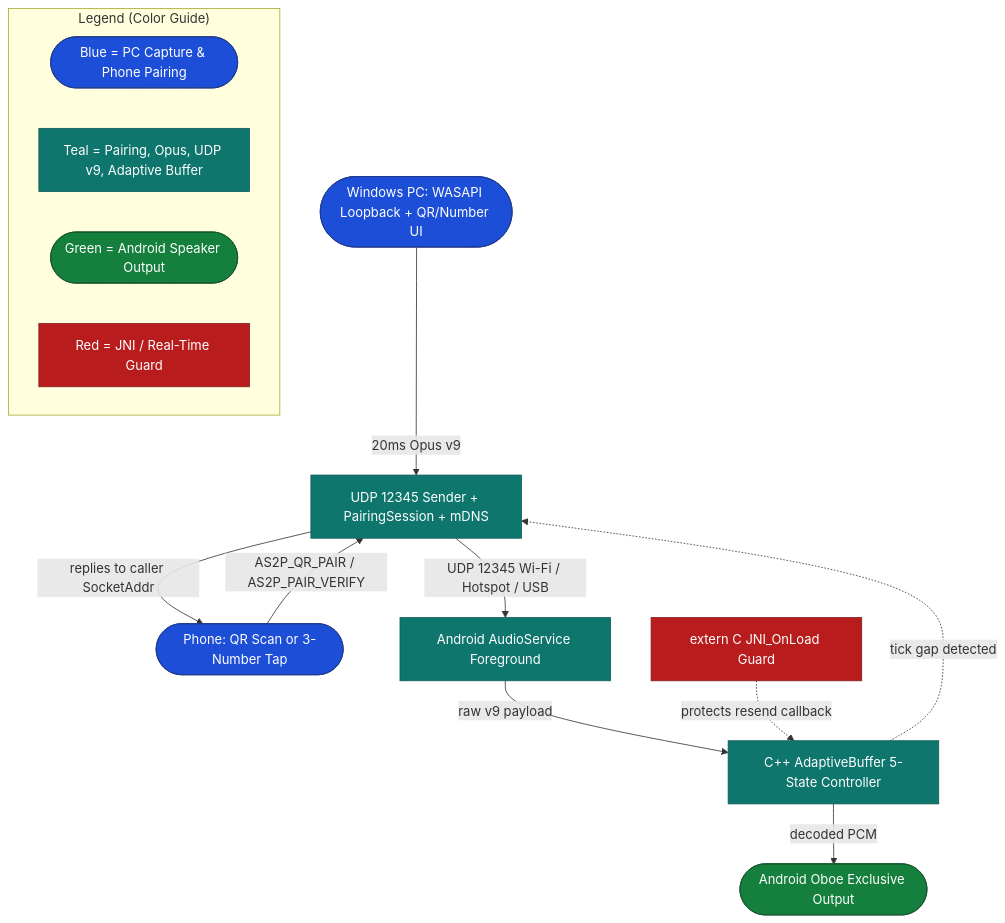
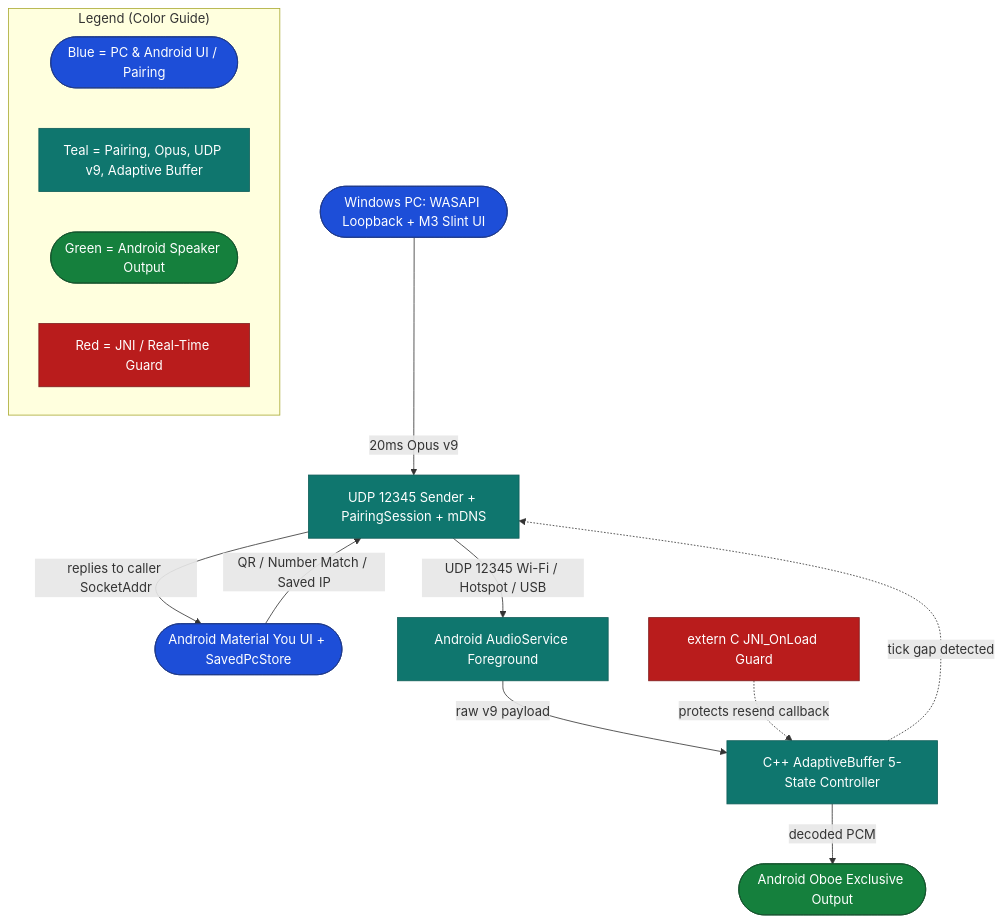
One commit to Mostakim2005/mobile-speaker changed the diagram in docs/ARCHITECTURE.md. Above: the diagram before and after it, drawn with Mermaid. The commit also changed other lines of this file and 12 other files, not shown here.

Commit message:
feat: add Material You Dynamic Color, Cobalt M3 themes, Saved PCs, and tuning sheet

````diff
--- a/docs/ARCHITECTURE.md
+++ b/docs/ARCHITECTURE.md
@@ -7,24 +7,24 @@
 ```mermaid
 flowchart TB
     %% Color Definitions (Obsidian & GitHub compatible)
     classDef startNode fill:#1d4ed8,stroke:#1e3a8a,color:#ffffff
     classDef processNode fill:#0f766e,stroke:#115e59,color:#ffffff
     classDef outputNode fill:#15803d,stroke:#14532d,color:#ffffff
     classDef trapNode fill:#b91c1c,stroke:#7f1d1d,color:#ffffff
 
-    PC([Windows PC: WASAPI Loopback + QR/Number UI]):::startNode -->|20ms Opus v9| Net[UDP 12345 Sender + PairingSession + mDNS]:::processNode
-    PhonePair([Phone: QR Scan or 3-Number Tap]):::startNode -->|AS2P_QR_PAIR / AS2P_PAIR_VERIFY| Net
+    PC([Windows PC: WASAPI Loopback + M3 Slint UI]):::startNode -->|20ms Opus v9| Net[UDP 12345 Sender + PairingSession + mDNS]:::processNode
+    PhonePair([Android Material You UI + SavedPcStore]):::startNode -->|QR / Number Match / Saved IP| Net
     Net -->|replies to caller SocketAddr| PhonePair
     Net -->|UDP 12345 Wi-Fi / Hotspot / USB| Svc[Android AudioService Foreground]:::processNode
     Svc -->|raw v9 payload| Jitter[C++ AdaptiveBuffer 5-State Controller]:::processNode
     Jitter -.->|tick gap detected| Net
     Jitter -->|decoded PCM| Oboe([Android Oboe Exclusive Output]):::outputNode
     JNI[extern C JNI_OnLoad Guard]:::trapNode -.->|protects resend callback| Jitter
 
     subgraph Legend["Legend (Color Guide)"]
-        L1([Blue = PC Capture & Phone Pairing]):::startNode
+        L1([Blue = PC & Android UI / Pairing]):::startNode
         L2[Teal = Pairing, Opus, UDP v9, Adaptive Buffer]:::processNode
         L3([Green = Android Speaker Output]):::outputNode
         L4[Red = JNI / Real-Time Guard]:::trapNode
     end
 ```
````
